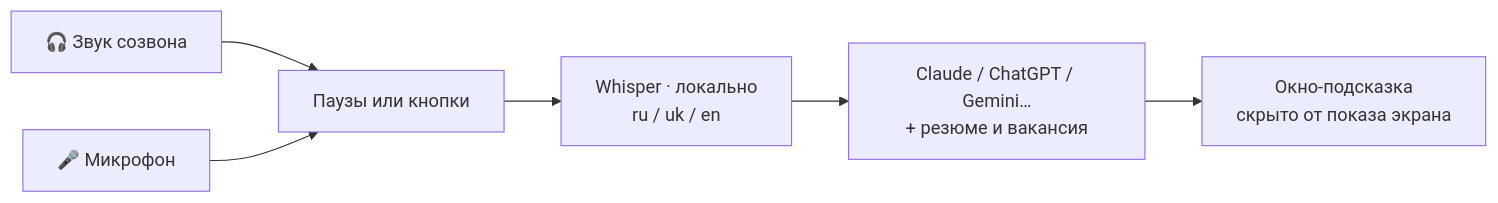
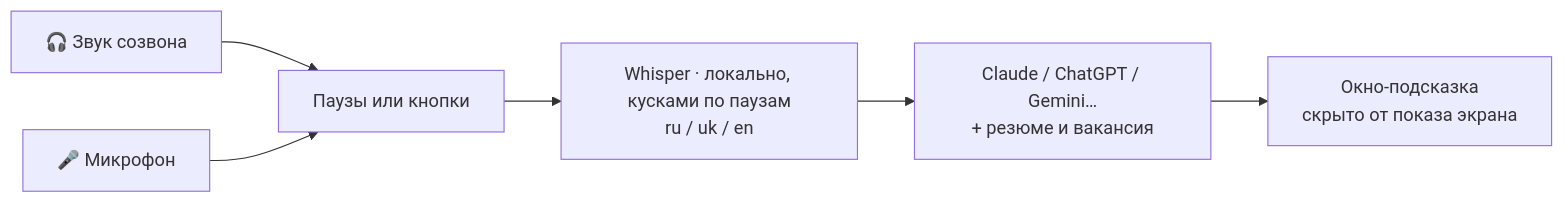
The diagram in README.md (Shelt00n/RedCast), drawn with Mermaid before and after one commit. The commit also changed other lines of this file and 5 other files, not shown here.

````diff
--- a/README.md
+++ b/README.md
@@ -68,8 +79,8 @@
 ```mermaid
 flowchart LR
   A["🎧 Звук созвона"] --> V["Паузы или кнопки"]
   B["🎤 Микрофон"] --> V
-  V --> W["Whisper · локально<br/>ru / uk / en"]
+  V --> W["Whisper · локально, кусками по паузам<br/>ru / uk / en"]
   W --> C["Claude / ChatGPT / Gemini…<br/>+ резюме и вакансия"]
   C --> O["Окно-подсказка<br/>скрыто от показа экрана"]
 ```
````
